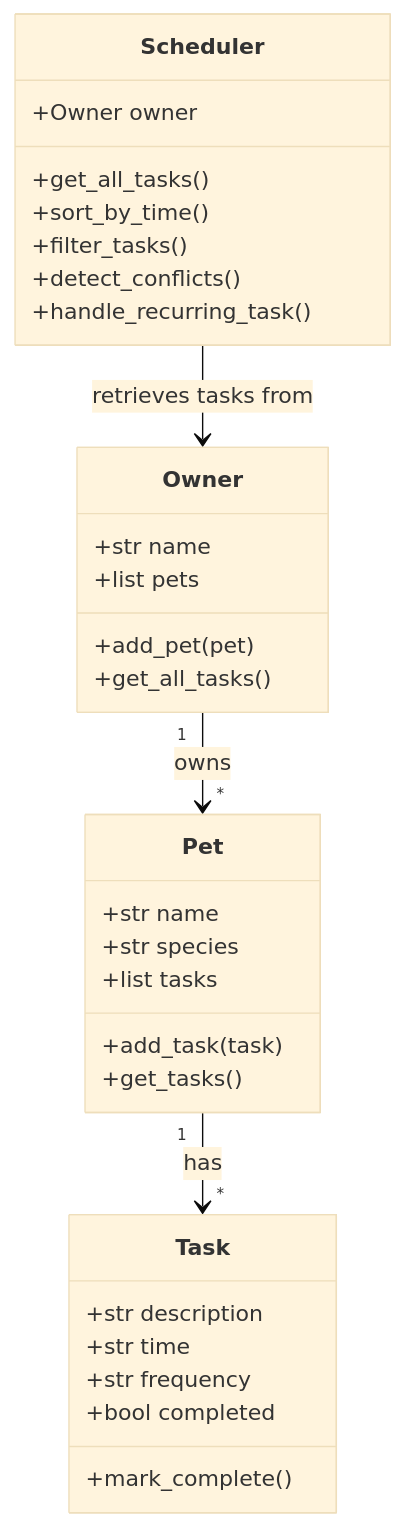
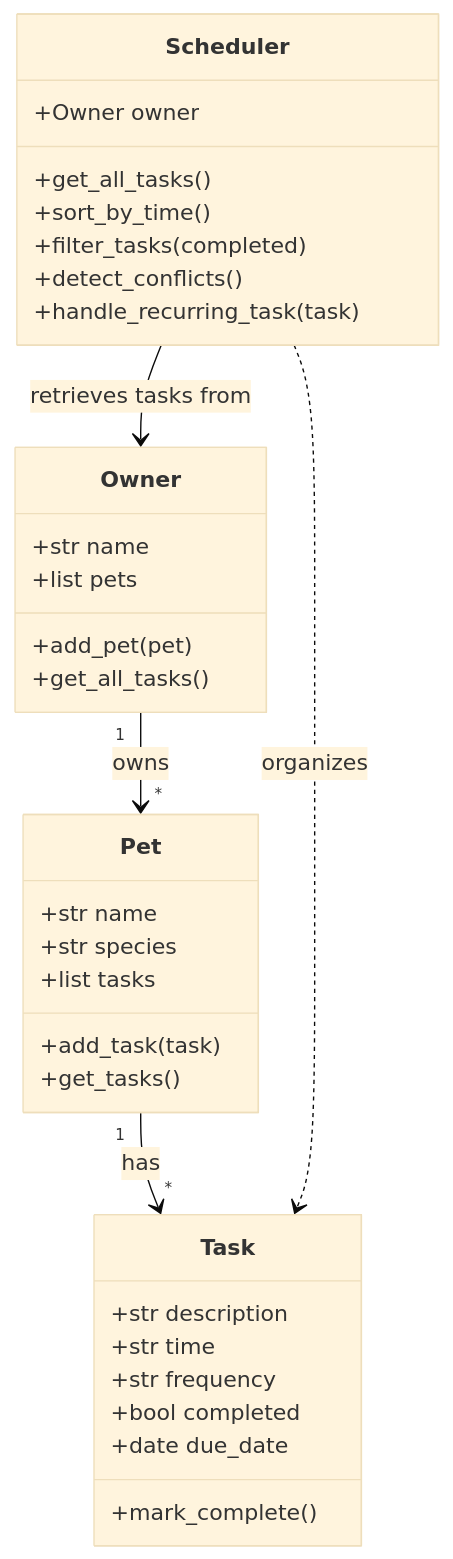
Before and after one commit to DhruvPatel05/ai110-module2show-pawpal-starter: the diagram in diagrams/uml.mmd, drawn with Mermaid (base theme). The commit also changed 7 other files, not shown here.

```diff
--- a/diagrams/uml.mmd
+++ b/diagrams/uml.mmd
@@ -1,37 +1,39 @@
 classDiagram
 
     class Owner {
         +str name
         +list pets
         +add_pet(pet)
         +get_all_tasks()
     }
 
     class Pet {
         +str name
         +str species
         +list tasks
         +add_task(task)
         +get_tasks()
     }
 
     class Task {
         +str description
         +str time
         +str frequency
         +bool completed
+        +date due_date
         +mark_complete()
     }
 
     class Scheduler {
         +Owner owner
         +get_all_tasks()
         +sort_by_time()
-        +filter_tasks()
+        +filter_tasks(completed)
         +detect_conflicts()
-        +handle_recurring_task()
+        +handle_recurring_task(task)
     }
 
     Owner "1" --> "*" Pet : owns
     Pet "1" --> "*" Task : has
     Scheduler --> Owner : retrieves tasks from
+    Scheduler ..> Task : organizes
```
